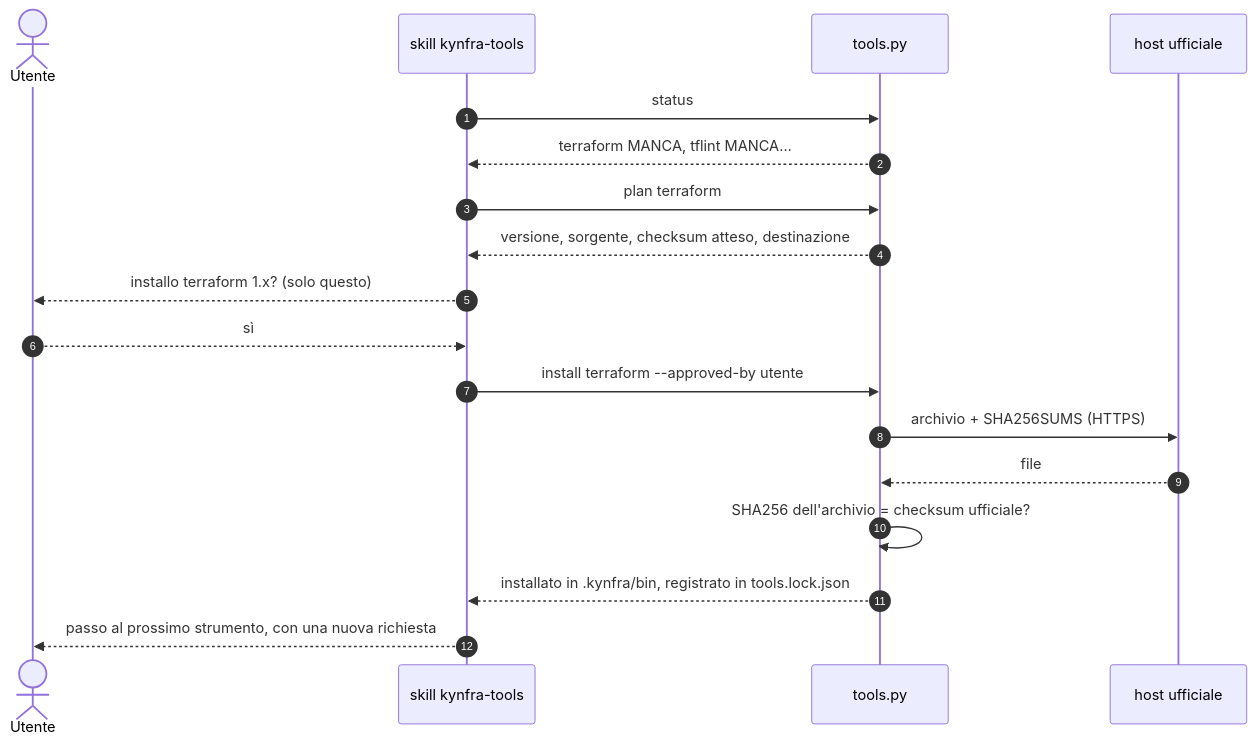
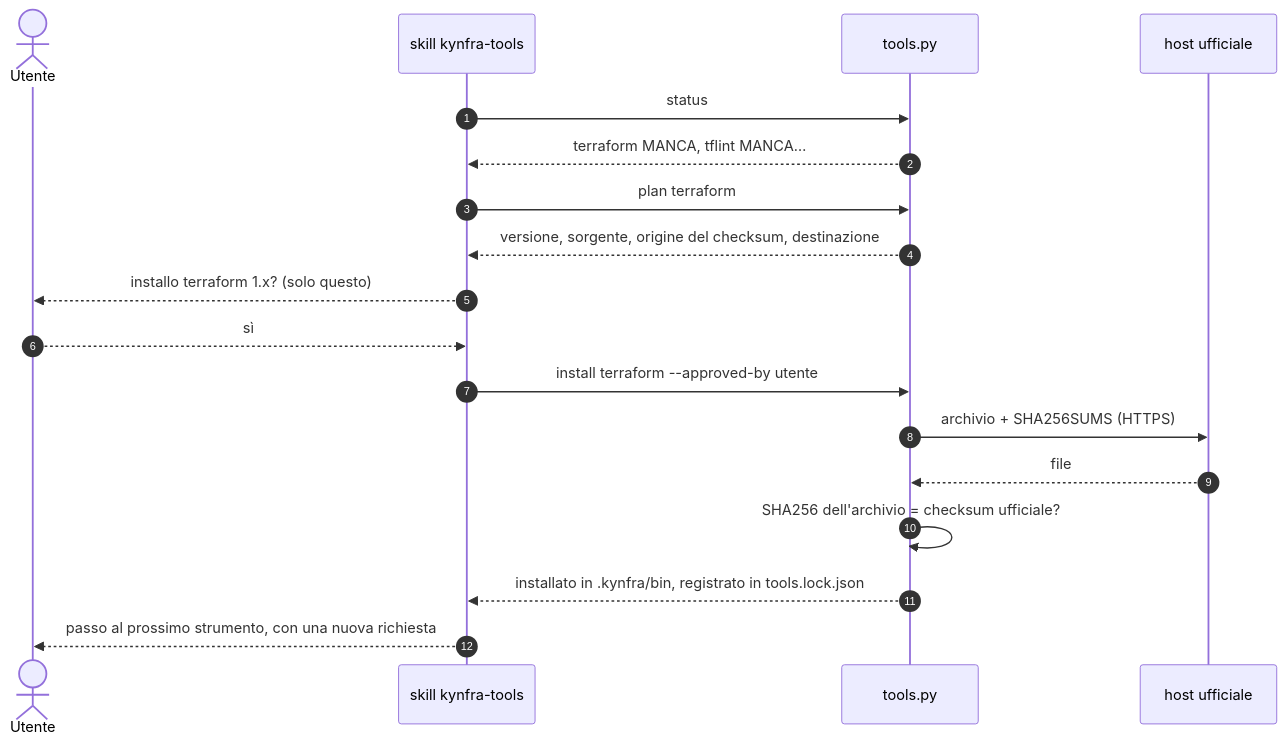
One commit to en1-gma/kynfra changed the diagram in docs/strumenti.md. Above: the diagram before and after it, drawn with Mermaid. The commit also changed other lines of this file and 10 other files, not shown here.

````diff
--- a/docs/strumenti.md
+++ b/docs/strumenti.md
@@ -23,20 +23,20 @@
 ```mermaid
 sequenceDiagram
     autonumber
     actor U as Utente
     participant S as skill kynfra-tools
     participant T as tools.py
     participant R as host ufficiale
     S->>T: status
     T-->>S: terraform MANCA, tflint MANCA…
     S->>T: plan terraform
-    T-->>S: versione, sorgente, checksum atteso, destinazione
+    T-->>S: versione, sorgente, origine del checksum, destinazione
     S-->>U: installo terraform 1.x? (solo questo)
     U-->>S: sì
     S->>T: install terraform --approved-by utente
     T->>R: archivio + SHA256SUMS (HTTPS)
     R-->>T: file
     T->>T: SHA256 dell'archivio = checksum ufficiale?
     T-->>S: installato in .kynfra/bin, registrato in tools.lock.json
     S-->>U: passo al prossimo strumento, con una nuova richiesta
 ```
````
